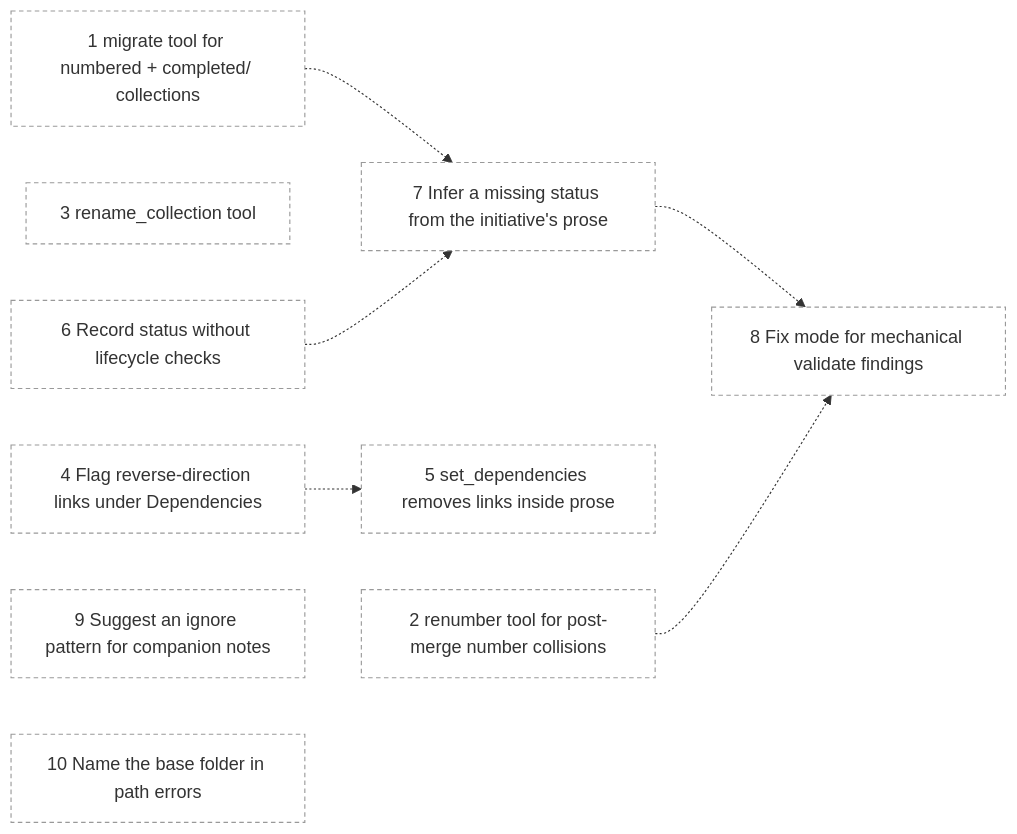
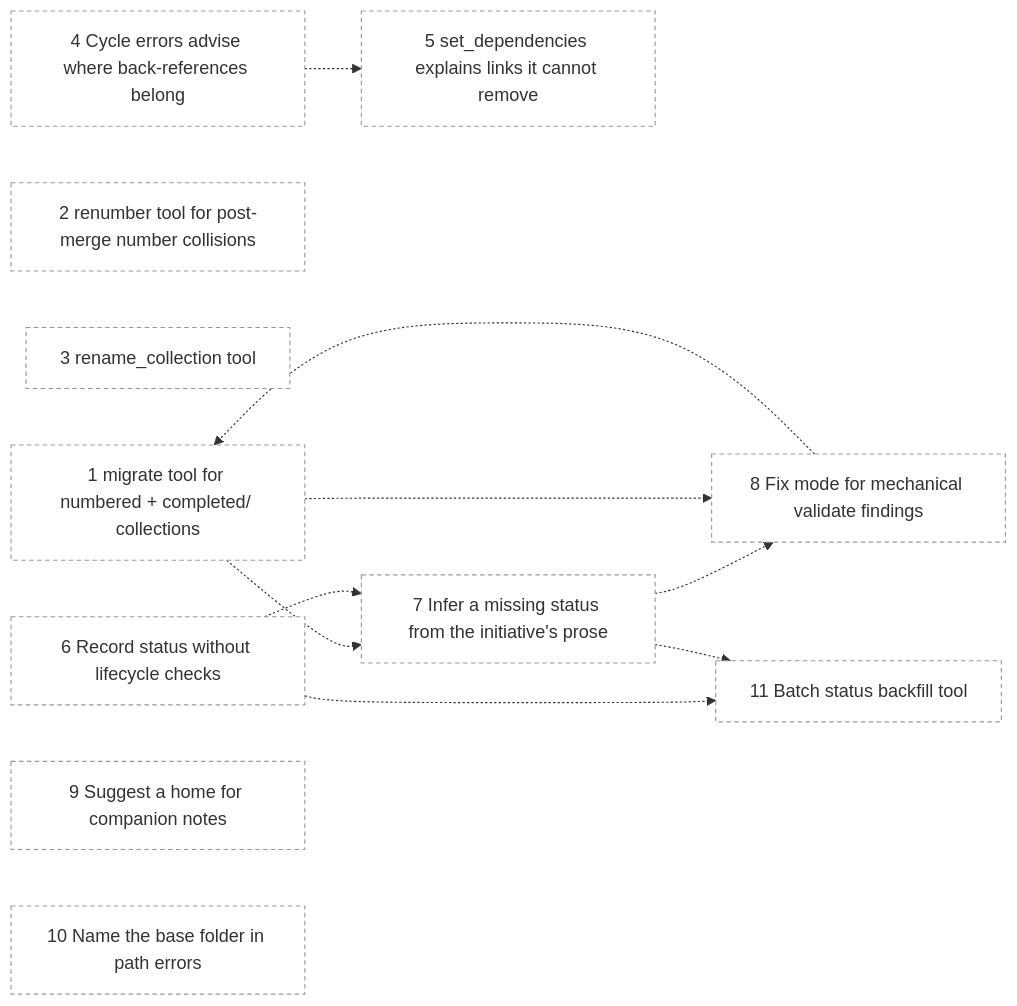
The diagram in initiatives/README.md (duckAsteroid/brindley), drawn with Mermaid before and after one commit. The commit also changed other lines of this file and 11 other files, not shown here.

````diff
--- a/initiatives/README.md
+++ b/initiatives/README.md
@@ -35,24 +36,28 @@
 ```mermaid
 flowchart LR
   n1["1 migrate tool for numbered + completed/ collections"]:::draft
   n2["2 renumber tool for post-merge number collisions"]:::draft
   n3["3 rename_collection tool"]:::draft
-  n4["4 Flag reverse-direction links under Dependencies"]:::draft
-  n5["5 set_dependencies removes links inside prose"]:::draft
+  n4["4 Cycle errors advise where back-references belong"]:::draft
+  n5["5 set_dependencies explains links it cannot remove"]:::draft
   n6["6 Record status without lifecycle checks"]:::draft
   n7["7 Infer a missing status from the initiative's prose"]:::draft
   n8["8 Fix mode for mechanical validate findings"]:::draft
-  n9["9 Suggest an ignore pattern for companion notes"]:::draft
+  n9["9 Suggest a home for companion notes"]:::draft
   n10["10 Name the base folder in path errors"]:::draft
+  n11["11 Batch status backfill tool"]:::draft
+  n8 -.-> n1
   n4 -.-> n5
   n1 -.-> n7
   n6 -.-> n7
   n7 -.-> n8
-  n2 -.-> n8
+  n1 -.-> n8
+  n6 -.-> n11
+  n7 -.-> n11
   classDef done fill:#e6e6e6,color:#777,stroke:#bbb
   classDef draft fill:#fff,stroke:#999,stroke-dasharray:4 3
   classDef designed fill:#e8f0fe,stroke:#4a7bd0
   classDef ready fill:#d9f2e3,stroke:#2e8b57,stroke-width:2px
   classDef inprogress fill:#fff4d6,stroke:#d49a00,stroke-width:2px
   classDef external fill:#fafafa,stroke:#999
 ```
````
